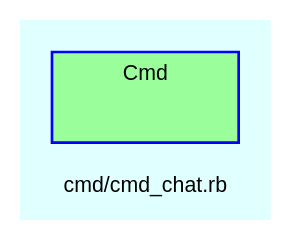
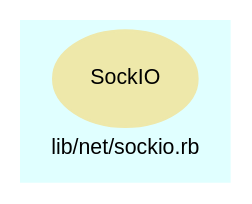
The diagram in doc/dot/f_14.dot (Tyche/teensymud), drawn with Graphviz before and after one commit. The commit also changed 282 other files, not shown here.

Commit message:
Split filter.rb and net.rb into separate classes. Added regression tests for net classes.

```diff
--- a/doc/dot/f_14.dot
+++ b/doc/dot/f_14.dot
@@ -1,29 +1,22 @@
 digraph TopLevel {
     compound = true
     bgcolor = lightcyan1
     fontname = Arial
     fontsize = 8
-    label = "cmd/cmd_chat.rb"
+    label = "lib/net/sockio.rb"
     node [
         fontname = Arial,
         fontsize = 8,
         color = black
     ]
 
-    subgraph cluster_Cmd {
-        fillcolor = palegreen1
-        URL = "classes/Cmd.html"
-        fontname = Arial
-        color = blue
-        label = "Cmd"
-        style = filled
-        Cmd [
-            shape = plaintext,
-            height = 0.01,
-            width = 0.75,
-            label = ""
-        ]
-
-    }
+    SockIO [
+        fontcolor = black,
+        URL = "classes/SockIO.html",
+        shape = ellipse,
+        color = palegoldenrod,
+        style = filled,
+        label = "SockIO"
+    ]
 
 }
```
